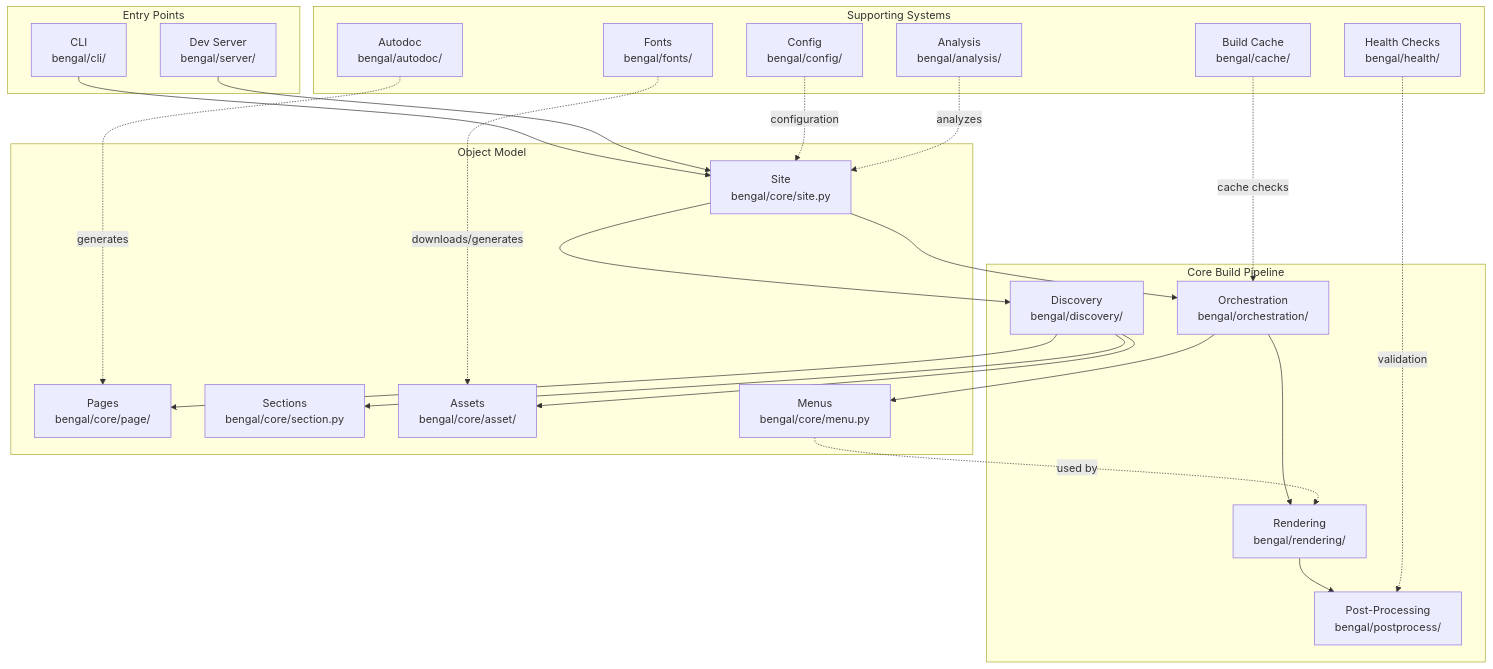
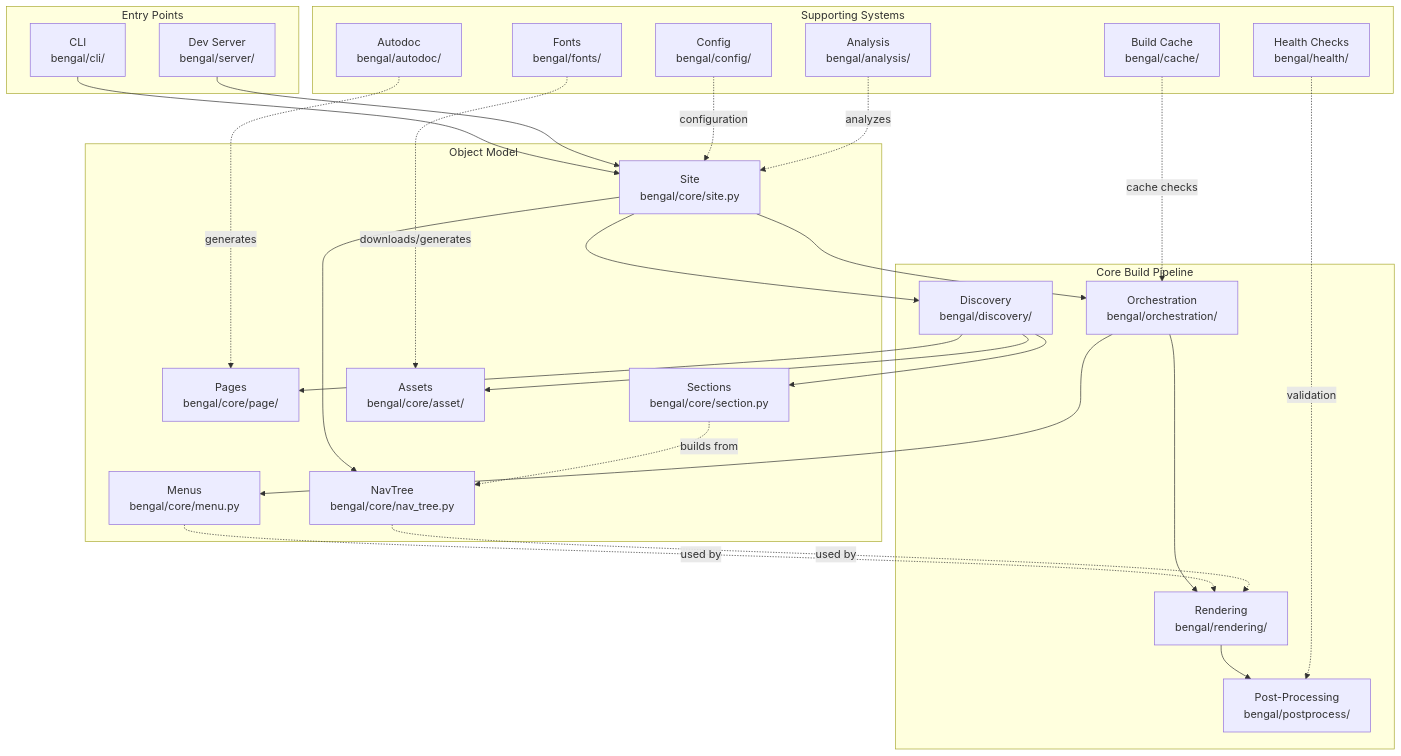
One commit to lbliii/bengal changed the diagram in site/content/docs/reference/architecture/_index.md. Above: the diagram before and after it, drawn with Mermaid. The commit also changed other lines of this file and 2 other files, not shown here.

Commit message:
docs(architecture): add NavTree to object model documentation; docs(themes): add NavTree migration guide; docs: add NavTree feature to changelog

````diff
--- a/site/content/docs/reference/architecture/_index.md
+++ b/site/content/docs/reference/architecture/_index.md
@@ -36,49 +36,53 @@
 ```mermaid
 graph TB
     subgraph "Entry Points"
         CLI[CLI<br/>bengal/cli/]
         Server[Dev Server<br/>bengal/server/]
     end
 
     subgraph "Core Build Pipeline"
         Discovery[Discovery<br/>bengal/discovery/]
         Orchestration[Orchestration<br/>bengal/orchestration/]
         Rendering[Rendering<br/>bengal/rendering/]
         PostProcess[Post-Processing<br/>bengal/postprocess/]
     end
 
     subgraph "Object Model"
         Site[Site<br/>bengal/core/site.py]
         Pages[Pages<br/>bengal/core/page/]
         Sections[Sections<br/>bengal/core/section.py]
         Assets[Assets<br/>bengal/core/asset/]
         Menus[Menus<br/>bengal/core/menu.py]
+        NavTree[NavTree<br/>bengal/core/nav_tree.py]
     end
 
     subgraph "Supporting Systems"
         Cache[Build Cache<br/>bengal/cache/]
         Health[Health Checks<br/>bengal/health/]
         Autodoc[Autodoc<br/>bengal/autodoc/]
         Config[Config<br/>bengal/config/]
         Analysis[Analysis<br/>bengal/analysis/]
         Fonts[Fonts<br/>bengal/fonts/]
     end
 
     CLI --> Site
     Server --> Site
     Site --> Discovery
     Discovery --> Pages
     Discovery --> Sections
     Discovery --> Assets
     Site --> Orchestration
     Orchestration --> Menus
     Orchestration --> Rendering
+    Site --> NavTree
+    Sections -.->|"builds from"| NavTree
     Menus -.->|"used by"| Rendering
+    NavTree -.->|"used by"| Rendering
     Rendering --> PostProcess
     Cache -.->|"cache checks"| Orchestration
     Health -.->|"validation"| PostProcess
     Autodoc -.->|"generates"| Pages
     Config -.->|"configuration"| Site
     Analysis -.->|"analyzes"| Site
     Fonts -.->|"downloads/generates"| Assets
 ```
````
